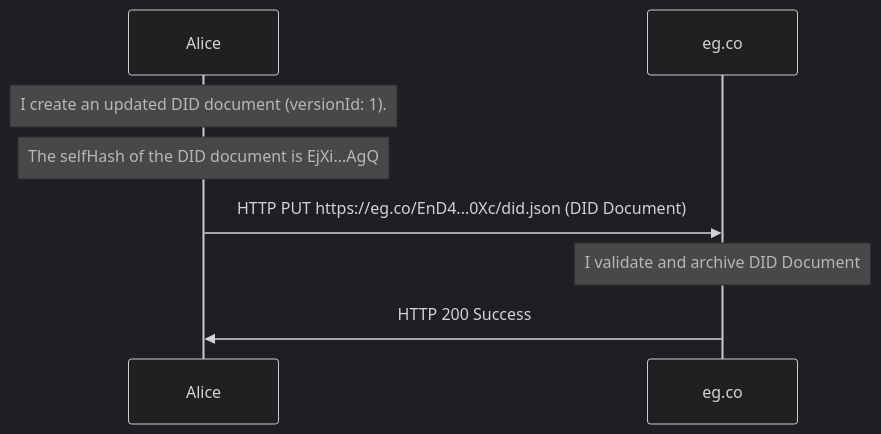
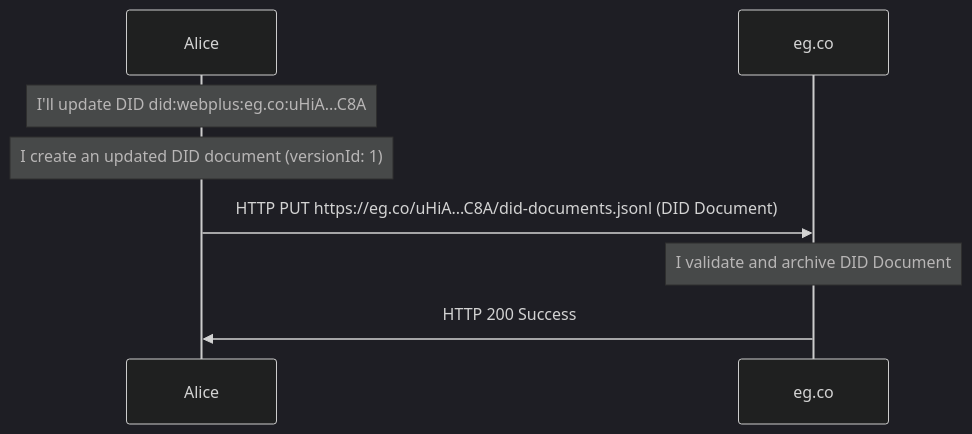
The fifth of 26 diagrams in spec.md (LedgerDomain/did-webplus-spec), drawn with Mermaid (dark theme) before and after one commit. The commit also changed other lines of this file and 3 other files, not shown here.

````diff
--- a/spec.md
+++ b/spec.md
@@ -343,8 +309,8 @@
 ```mermaid
 sequenceDiagram
-    Note over Alice: I create an updated DID document (versionId: 1).
-    Note over Alice: The selfHash of the DID document is EjXi...AgQ
-    Alice->>eg.co: HTTP PUT https://eg.co/EnD4...0Xc/did.json (DID Document)
+    Note over Alice: I'll update DID did:webplus:eg.co:uHiA...C8A
+    Note over Alice: I create an updated DID document (versionId: 1)
+    Alice->>eg.co: HTTP PUT https://eg.co/uHiA...C8A/did-documents.jsonl (DID Document)
     Note over eg.co: I validate and archive DID Document
     eg.co->>Alice: HTTP 200 Success
 ```
````
